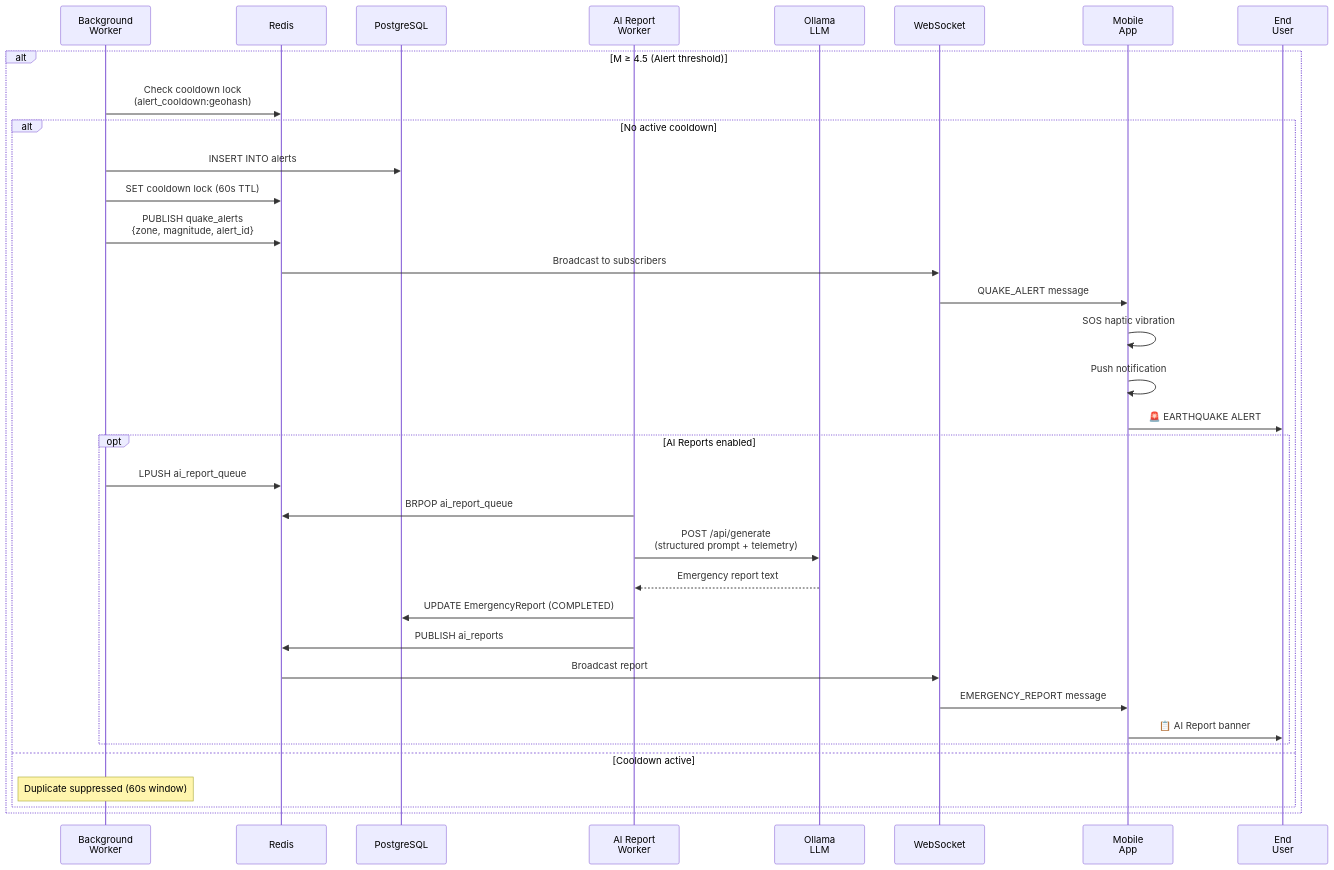
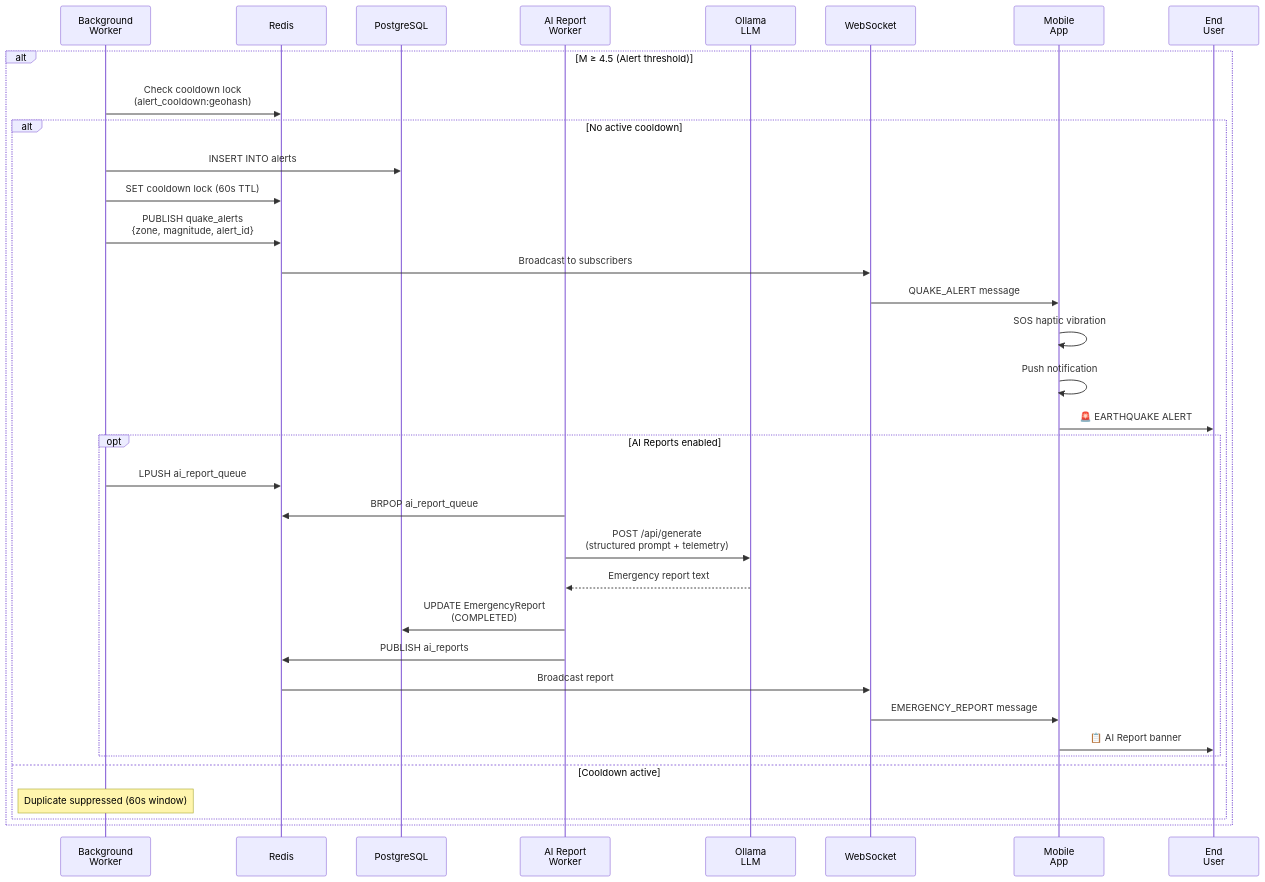
One commit to GiZano/QuakeGuard changed the second of 2 diagrams in docs/diagrams/sequence-alert-delivery.md. Above: the diagram before and after it, drawn with Mermaid. The commit also changed other lines of this file and 3 other files, not shown here.

Commit message:
docs: apply font sizing to mermaid diagrams

````diff
--- a/docs/diagrams/sequence-alert-delivery.md
+++ b/docs/diagrams/sequence-alert-delivery.md
@@ -40,43 +41,44 @@
 ```mermaid
+%%{init: {"sequence": {"actorFontSize": 20, "messageFontSize": 18, "noteFontSize": 18}}}%%
 sequenceDiagram
     participant Worker as Background<br/>Worker
     participant Redis as Redis
     participant DB as PostgreSQL
     participant AI as AI Report<br/>Worker
     participant Ollama as Ollama<br/>LLM
     participant WS as WebSocket
     participant App as Mobile<br/>App
     participant User as End<br/>User
 
     alt M ≥ 4.5 (Alert threshold)
         Worker->>Redis: Check cooldown lock<br/>(alert_cooldown:geohash)
 
         alt No active cooldown
             Worker->>DB: INSERT INTO alerts
             Worker->>Redis: SET cooldown lock (60s TTL)
             Worker->>Redis: PUBLISH quake_alerts<br/>{zone, magnitude, alert_id}
 
             Redis->>WS: Broadcast to subscribers
             WS->>App: QUAKE_ALERT message
 
             App->>App: SOS haptic vibration
             App->>App: Push notification
             App->>User: 🚨 EARTHQUAKE ALERT
 
             opt AI Reports enabled
                 Worker->>Redis: LPUSH ai_report_queue
                 AI->>Redis: BRPOP ai_report_queue
                 AI->>Ollama: POST /api/generate<br/>(structured prompt + telemetry)
                 Ollama-->>AI: Emergency report text
-                AI->>DB: UPDATE EmergencyReport (COMPLETED)
+                AI->>DB: UPDATE EmergencyReport<br/>(COMPLETED)
                 AI->>Redis: PUBLISH ai_reports
                 Redis->>WS: Broadcast report
                 WS->>App: EMERGENCY_REPORT message
                 App->>User: 📋 AI Report banner
             end
 
         else Cooldown active
             Note over Worker: Duplicate suppressed (60s window)
         end
     end
 ```
````
